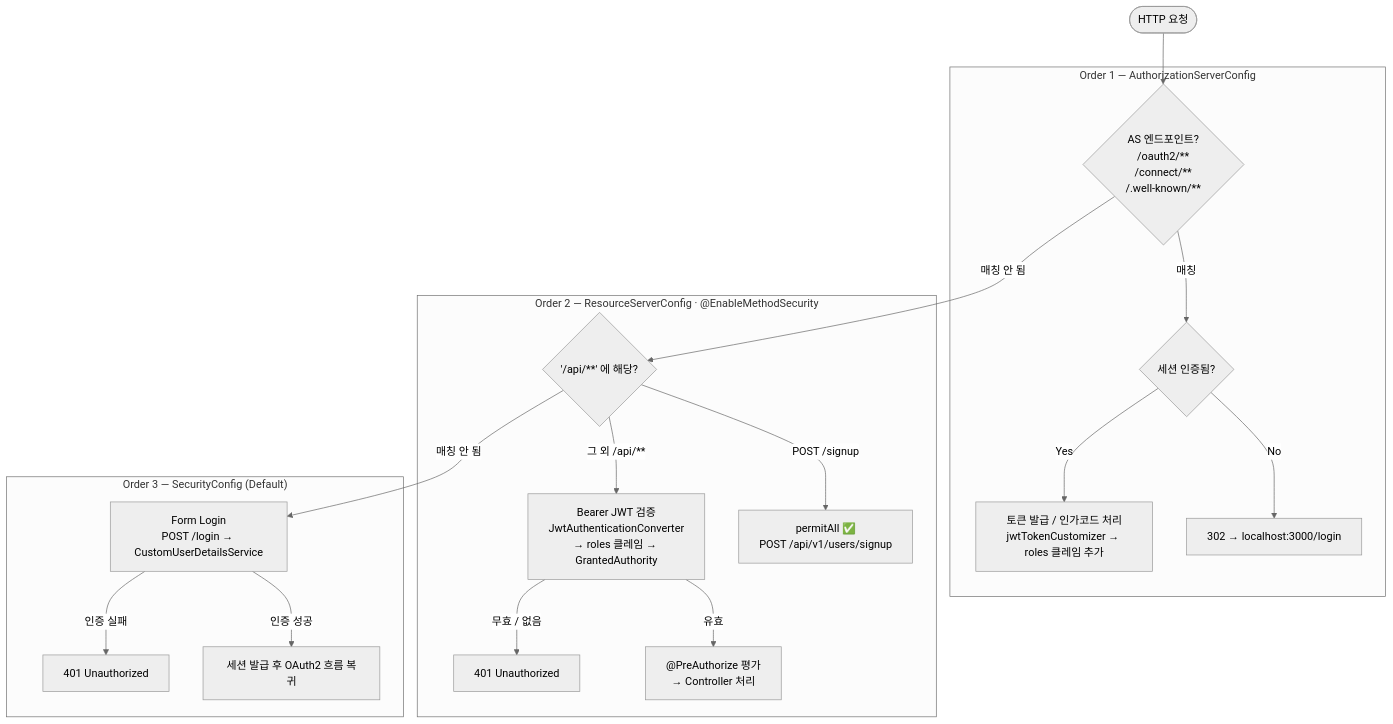
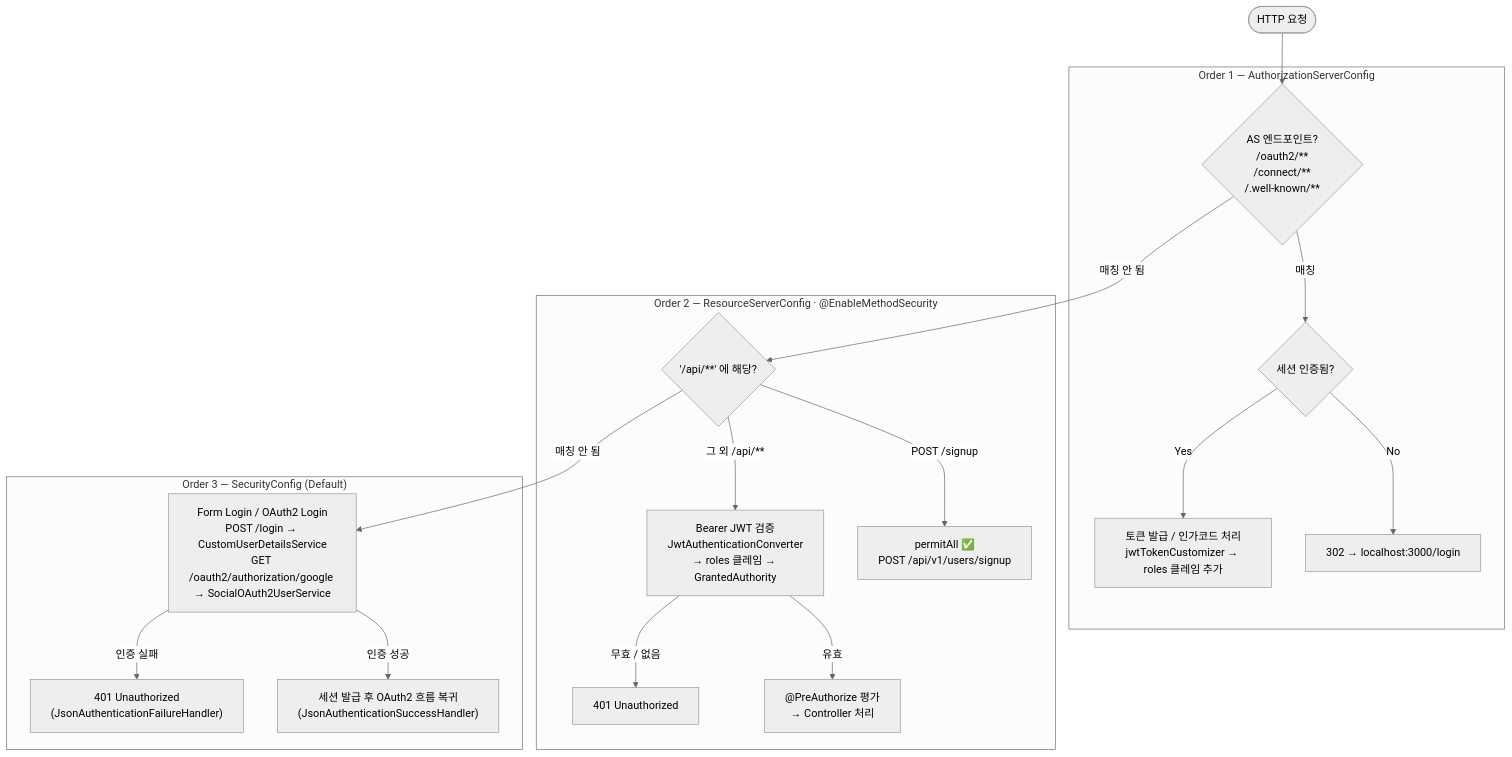
Before and after one commit to dodudi/rudy-project: the second of 8 diagrams in auth-spring/README.md, drawn with Mermaid (neutral theme). The commit also changed other lines of this file and 9 other files, not shown here.

````diff
--- a/auth-spring/README.md
+++ b/auth-spring/README.md
@@ -72,43 +69,43 @@
 ```mermaid
 flowchart TD
     REQ([HTTP 요청])
 
     subgraph C1["Order 1 — AuthorizationServerConfig"]
         CHECK1{"AS 엔드포인트?\n/oauth2/**\n/connect/**\n/.well-known/**"}
         AS_AUTH{"세션 인증됨?"}
         AS_REDIRECT["302 → localhost:3000/login"]
         AS_HANDLE["토큰 발급 / 인가코드 처리\njwtTokenCustomizer → roles 클레임 추가"]
     end
 
     subgraph C2["Order 2 — ResourceServerConfig  ·  @EnableMethodSecurity"]
         CHECK2{"'/api/**' 에 해당?"}
         RS_PERMIT["permitAll ✅\nPOST /api/v1/users/signup"]
         RS_JWT["Bearer JWT 검증\nJwtAuthenticationConverter\n→ roles 클레임 → GrantedAuthority"]
         RS_METHOD["@PreAuthorize 평가\n→ Controller 처리"]
         RS_FAIL["401 Unauthorized"]
     end
 
     subgraph C3["Order 3 — SecurityConfig (Default)"]
-        FL["Form Login\nPOST /login → CustomUserDetailsService"]
-        FL_OK["세션 발급 후 OAuth2 흐름 복귀"]
-        FL_FAIL["401 Unauthorized"]
+        FL["Form Login / OAuth2 Login\nPOST /login → CustomUserDetailsService\nGET /oauth2/authorization/google → SocialOAuth2UserService"]
+        FL_OK["세션 발급 후 OAuth2 흐름 복귀\n(JsonAuthenticationSuccessHandler)"]
+        FL_FAIL["401 Unauthorized\n(JsonAuthenticationFailureHandler)"]
     end
 
     REQ --> CHECK1
 
     CHECK1 -->|"매칭"| AS_AUTH
     CHECK1 -->|"매칭 안 됨"| CHECK2
 
     AS_AUTH -->|"No"| AS_REDIRECT
     AS_AUTH -->|"Yes"| AS_HANDLE
 
     CHECK2 -->|"POST /signup"| RS_PERMIT
     CHECK2 -->|"그 외 /api/**"| RS_JWT
     CHECK2 -->|"매칭 안 됨"| FL
 
     RS_JWT -->|"유효"| RS_METHOD
     RS_JWT -->|"무효 / 없음"| RS_FAIL
 
     FL -->|"인증 성공"| FL_OK
     FL -->|"인증 실패"| FL_FAIL
 ```
````
